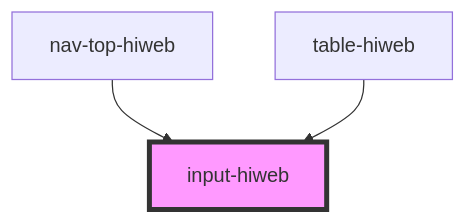
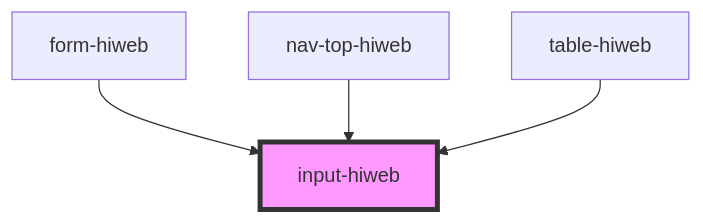
One commit to ansariymahdi/design-system-hiweb changed the diagram in src/components/input-hiweb/readme.md. Above: the diagram before and after it, drawn with Mermaid. The commit also changed other lines of this file and 18 other files, not shown here.

````diff
--- a/src/components/input-hiweb/readme.md
+++ b/src/components/input-hiweb/readme.md
@@ -52,6 +53,7 @@
 ```mermaid
 graph TD;
+  form-hiweb --> input-hiweb
   nav-top-hiweb --> input-hiweb
   table-hiweb --> input-hiweb
   style input-hiweb fill:#f9f,stroke:#333,stroke-width:4px
 ```
````
